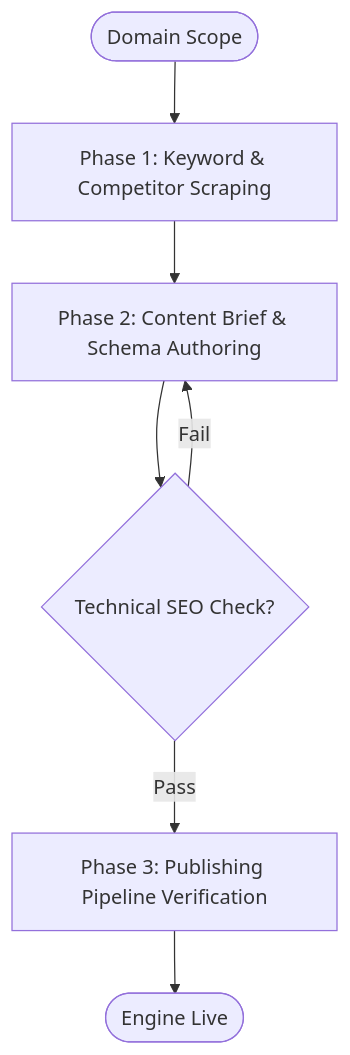
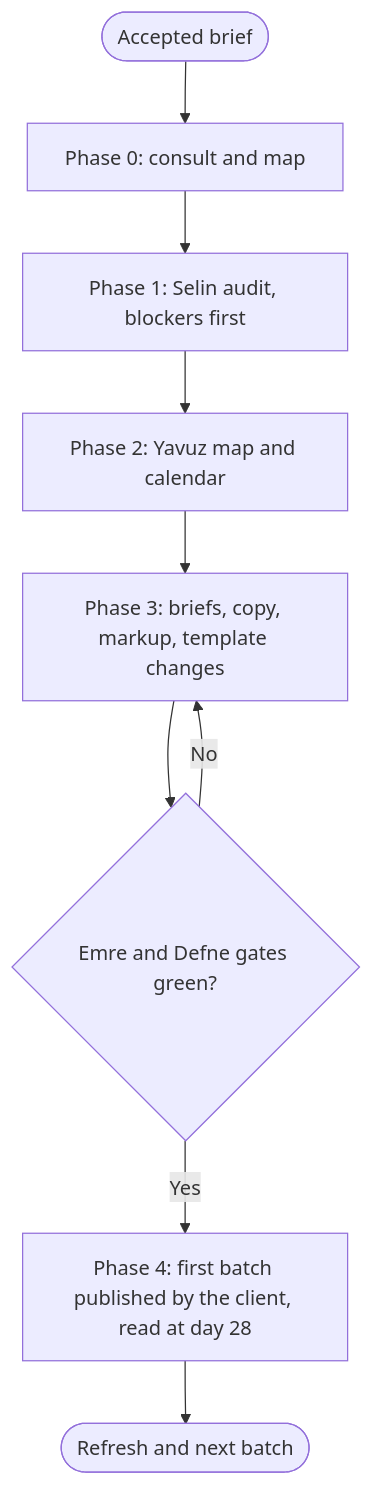
Before and after one commit to NeoAnthropocene/agents-united: the diagram in registry/skills/workflow-agency-seo-content-engine/SKILL.md, drawn with Mermaid. The commit also changed other lines of this file and 14 other files, not shown here.

````diff
--- a/registry/skills/workflow-agency-seo-content-engine/SKILL.md
+++ b/registry/skills/workflow-agency-seo-content-engine/SKILL.md
@@ -21,9 +25,11 @@
 ```mermaid
 graph TD
-    Start([Domain Scope]) --> P1[Phase 1: Keyword & Competitor Scraping]
-    P1 --> P2[Phase 2: Content Brief & Schema Authoring]
-    P2 --> Gate1{"Technical SEO Check?"}
-    Gate1 -->|Fail| P2
-    Gate1 -->|Pass| P3[Phase 3: Publishing Pipeline Verification]
-    P3 --> Done([Engine Live])
+    B([Accepted brief]) --> P0[Phase 0: consult and map]
+    P0 --> P1[Phase 1: Selin audit, blockers first]
+    P1 --> P2[Phase 2: Yavuz map and calendar]
+    P2 --> P3[Phase 3: briefs, copy, markup, template changes]
+    P3 --> G{Emre and Defne gates green?}
+    G -->|No| P3
+    G -->|Yes| P4[Phase 4: first batch published by the client, read at day 28]
+    P4 --> Done([Refresh and next batch])
 ```
````
